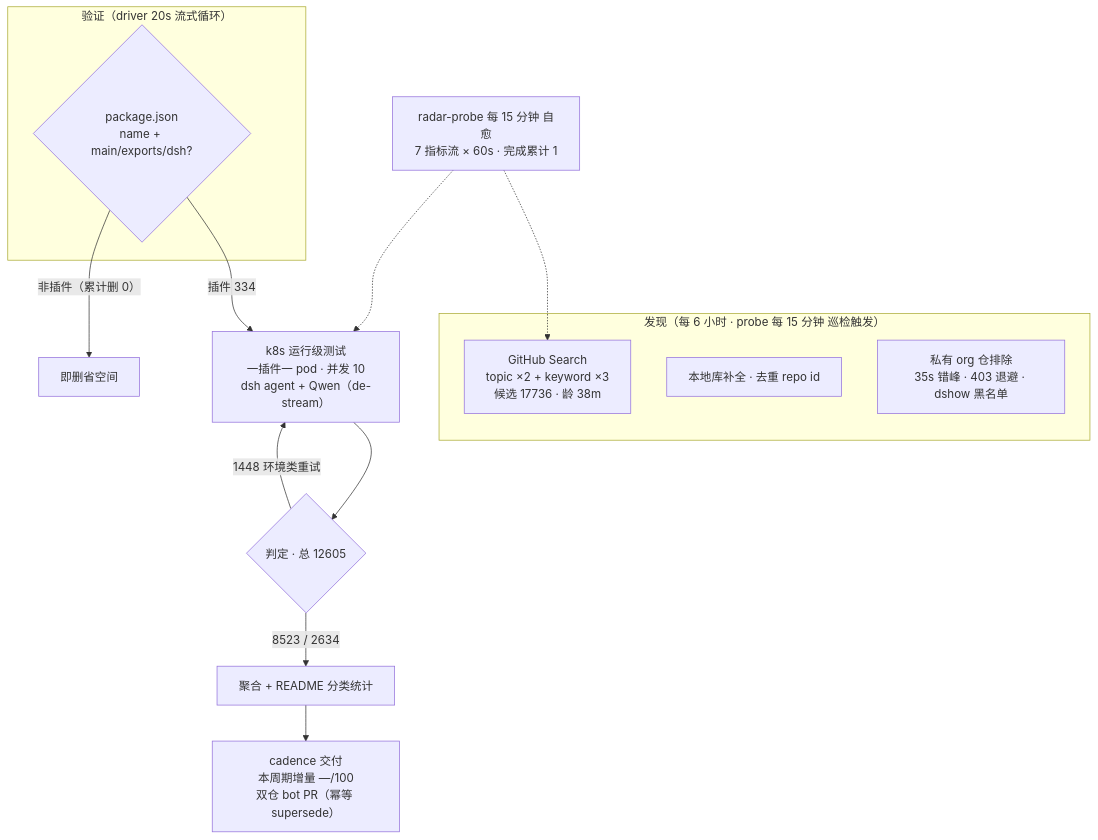
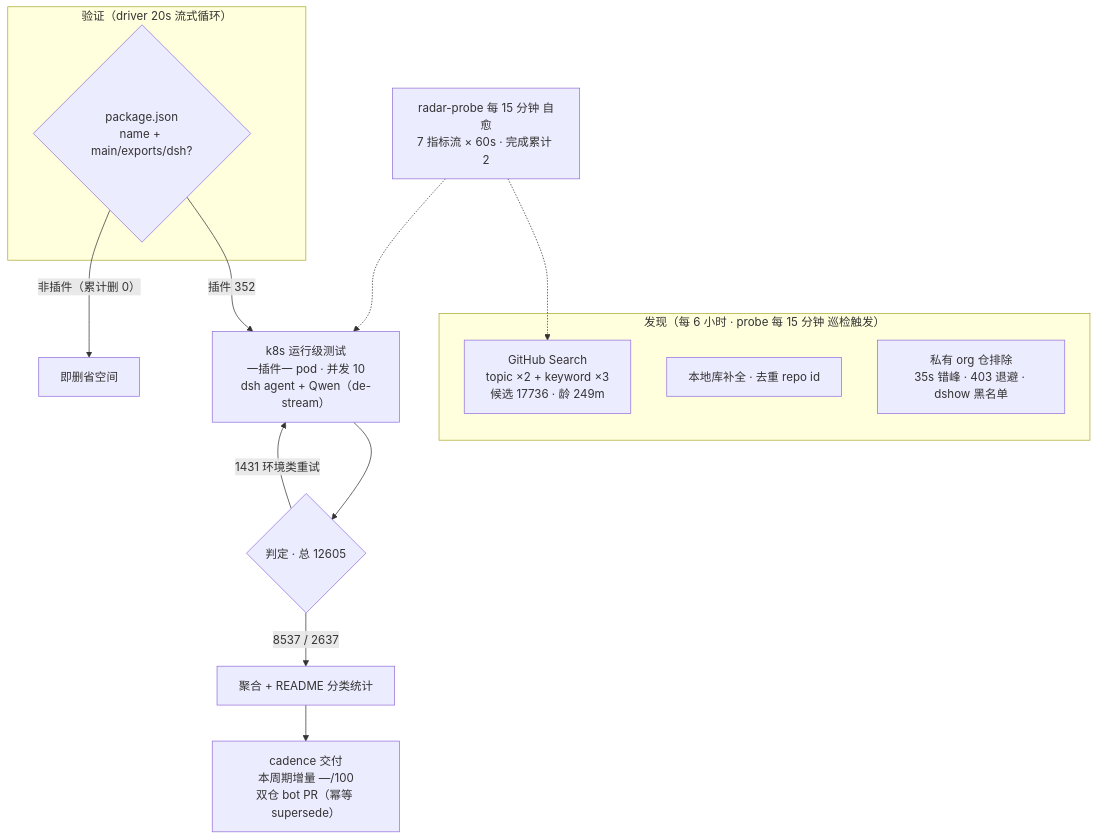
The diagram in README.md (Zhidao-Lab-OSS/awesome-dsh-plugins), drawn with Mermaid before and after one commit. The commit also changed other lines of this file and 1 other file, not shown here.

````diff
--- a/README.md
+++ b/README.md
@@ -52,20 +52,20 @@
 ```mermaid
 flowchart TB
     subgraph Discovery["发现（每 6 小时 · probe 每 15 分钟 巡检触发）"]
-        A1["GitHub Search<br/>topic ×2 + keyword ×3<br/>候选 17736 · 龄 38m"]
+        A1["GitHub Search<br/>topic ×2 + keyword ×3<br/>候选 17736 · 龄 249m"]
         A2["本地库补全 · 去重 repo id"]
         A3["私有 org 仓排除<br/>35s 错峰 · 403 退避 · dshow 黑名单"]
     end
     subgraph Validation["验证（driver 20s 流式循环）"]
         B1{"package.json<br/>name + main/exports/dsh?"}
     end
-    B1 -->|"插件 334"| C1["k8s 运行级测试<br/>一插件一 pod · 并发 10<br/>dsh agent + Qwen（de-stream）"]
+    B1 -->|"插件 352"| C1["k8s 运行级测试<br/>一插件一 pod · 并发 10<br/>dsh agent + Qwen（de-stream）"]
     B1 -->|"非插件（累计删 0）"| B3["即删省空间"]
     C1 --> D1{"判定 · 总 12605"}
-    D1 -->|"8523 / 2634"| E1["聚合 + README 分类统计"]
-    D1 -->|"1448 环境类重试"| C1
+    D1 -->|"8537 / 2637"| E1["聚合 + README 分类统计"]
+    D1 -->|"1431 环境类重试"| C1
     E1 --> E2["cadence 交付<br/>本周期增量 —/100<br/>双仓 bot PR（幂等 supersede）"]
-    M["radar-probe 每 15 分钟 自愈<br/>7 指标流 × 60s · 完成累计 1"]
+    M["radar-probe 每 15 分钟 自愈<br/>7 指标流 × 60s · 完成累计 2"]
     M -.-> A1
     M -.-> C1
 ```
````
